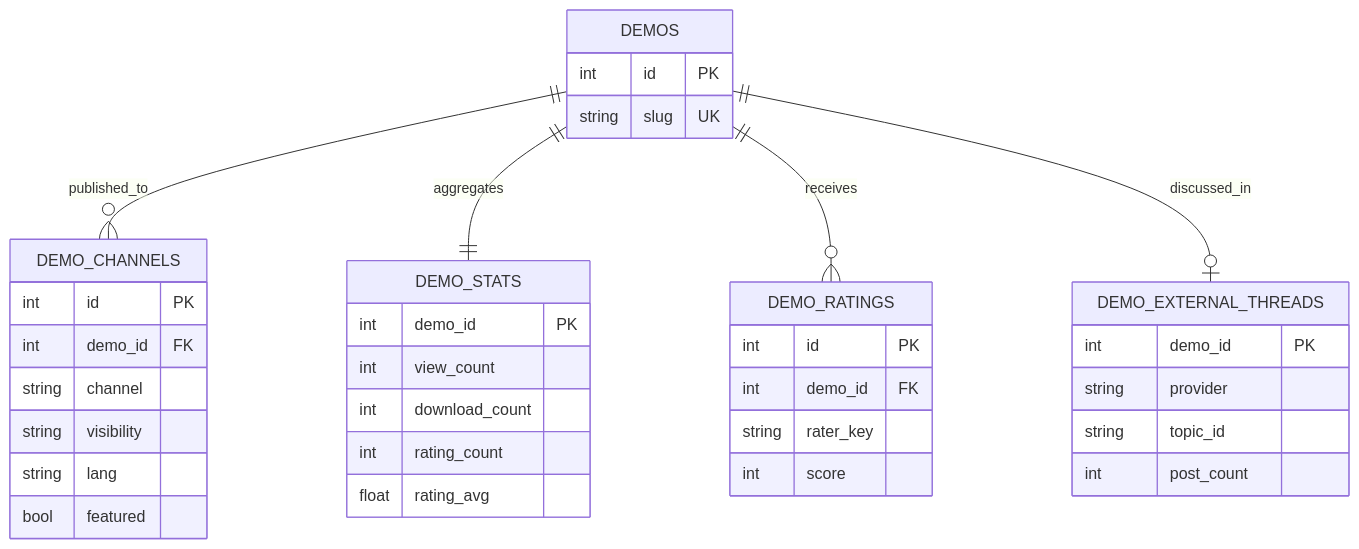
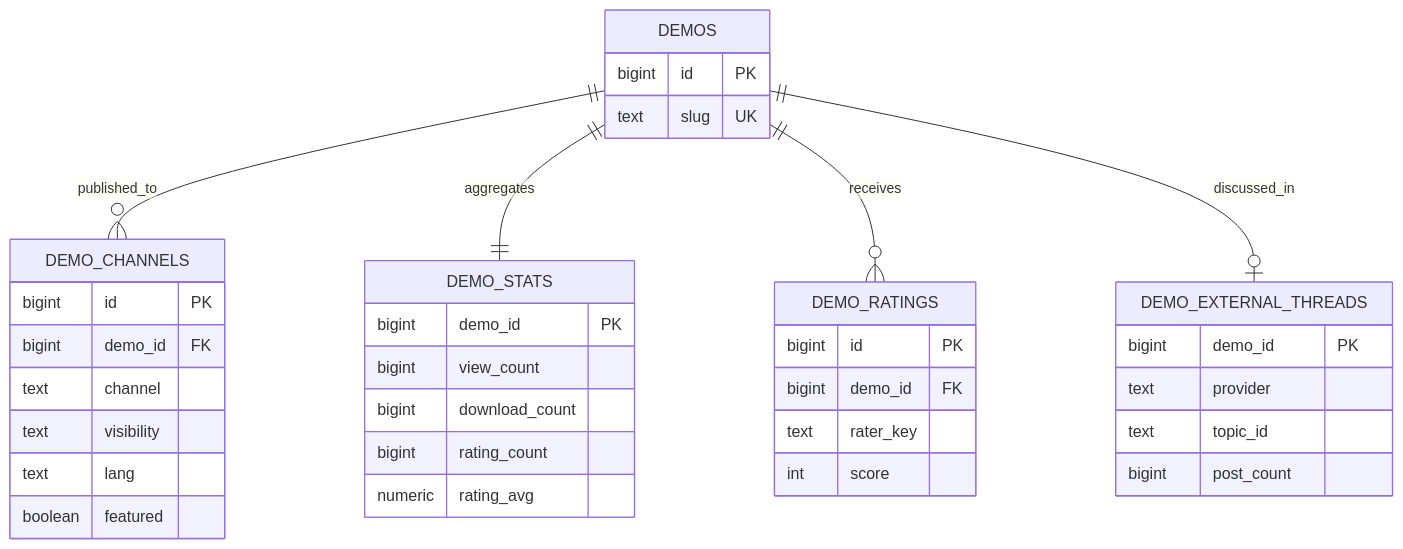
Before and after one commit to deepdemos/ds-demos-showcase: the fourth of 16 diagrams in docs/Demo域设计.md, drawn with Mermaid. The commit also changed other lines of this file and 36 other files, not shown here.

````diff
--- a/docs/Demo域设计.md
+++ b/docs/Demo域设计.md
@@ -495,38 +573,38 @@
 ```mermaid
 erDiagram
     DEMOS {
-        int id PK
-        string slug UK
+        bigint id PK
+        text slug UK
     }
     DEMO_CHANNELS {
-        int id PK
-        int demo_id FK
-        string channel
-        string visibility
-        string lang
-        bool featured
+        bigint id PK
+        bigint demo_id FK
+        text channel
+        text visibility
+        text lang
+        boolean featured
     }
     DEMO_STATS {
-        int demo_id PK
-        int view_count
-        int download_count
-        int rating_count
-        float rating_avg
+        bigint demo_id PK
+        bigint view_count
+        bigint download_count
+        bigint rating_count
+        numeric rating_avg
     }
     DEMO_RATINGS {
-        int id PK
-        int demo_id FK
-        string rater_key
+        bigint id PK
+        bigint demo_id FK
+        text rater_key
         int score
     }
     DEMO_EXTERNAL_THREADS {
-        int demo_id PK
-        string provider
-        string topic_id
-        int post_count
+        bigint demo_id PK
+        text provider
+        text topic_id
+        bigint post_count
     }
     DEMOS ||--o{ DEMO_CHANNELS : published_to
     DEMOS ||--|| DEMO_STATS : aggregates
     DEMOS ||--o{ DEMO_RATINGS : receives
     DEMOS ||--o| DEMO_EXTERNAL_THREADS : discussed_in
 ```
````
